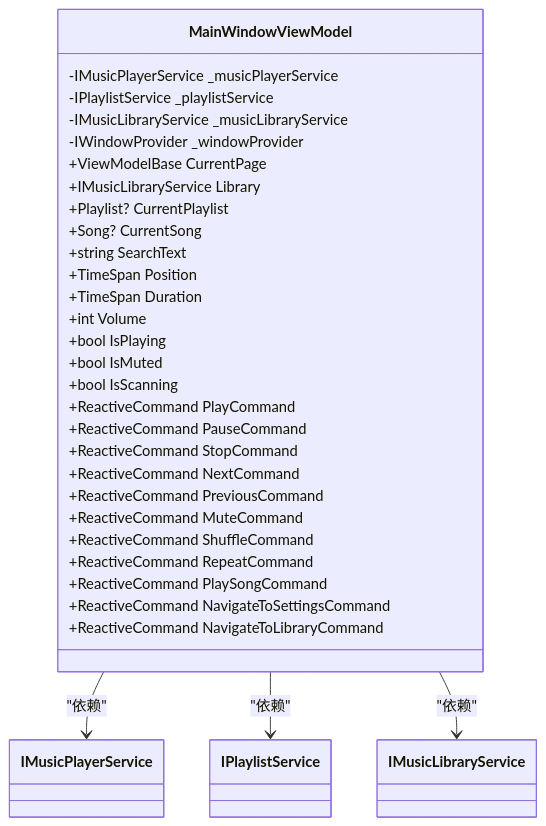
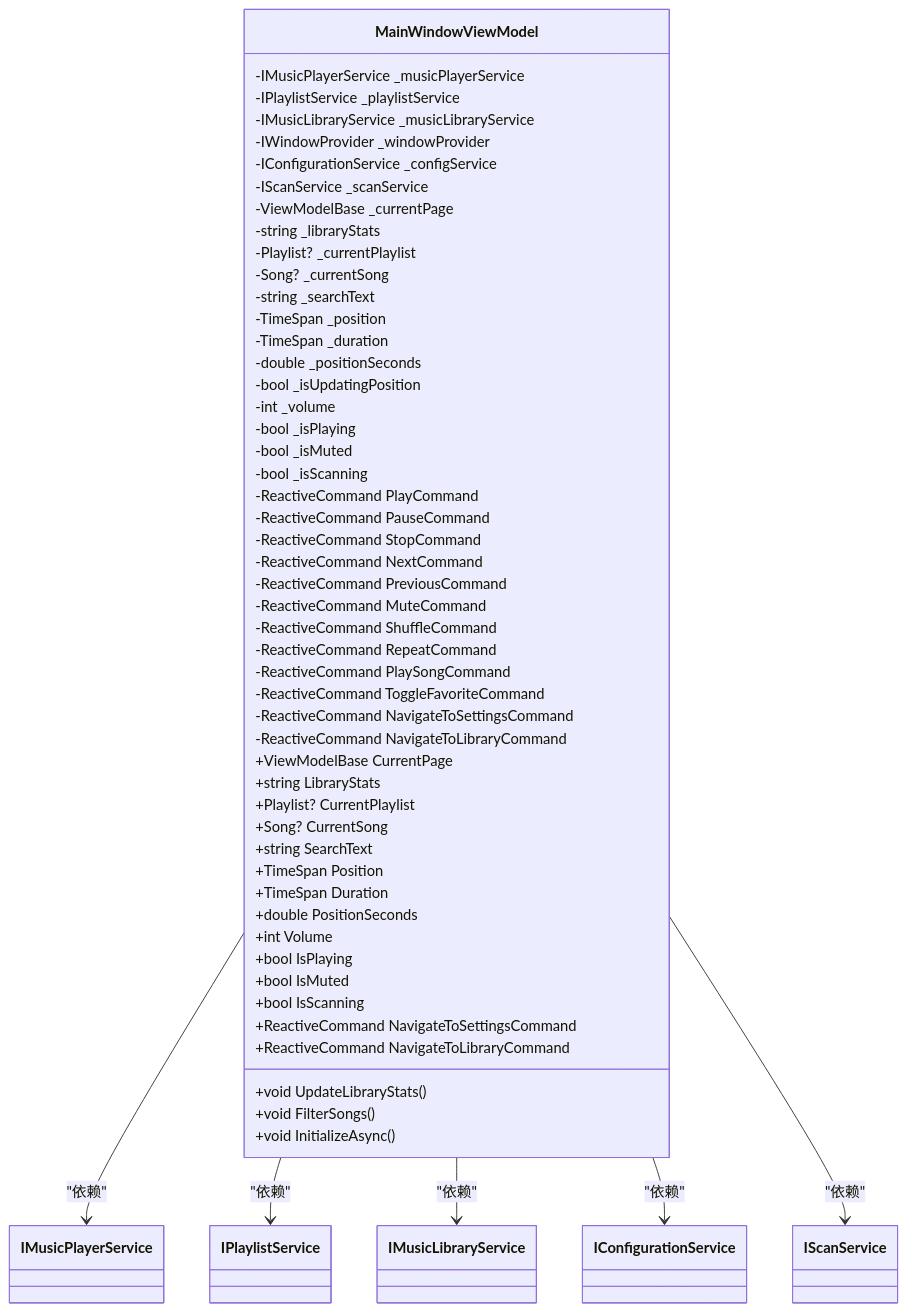
Before and after one commit to mariamjensen42-glitch/LocalMusicPlayer: the third of 8 diagrams in .qoder/repowiki/zh/content/视图模型层/视图模型层.md, drawn with Mermaid. The commit also changed other lines of this file and 14 other files, not shown here.

````diff
--- a/.qoder/repowiki/zh/content/视图模型层/视图模型层.md
+++ b/.qoder/repowiki/zh/content/视图模型层/视图模型层.md
@@ -154,37 +176,63 @@
 ```mermaid
 classDiagram
 class MainWindowViewModel {
 -IMusicPlayerService _musicPlayerService
 -IPlaylistService _playlistService
 -IMusicLibraryService _musicLibraryService
 -IWindowProvider _windowProvider
+-IConfigurationService _configService
+-IScanService _scanService
+-ViewModelBase _currentPage
+-string _libraryStats
+-Playlist? _currentPlaylist
+-Song? _currentSong
+-string _searchText
+-TimeSpan _position
+-TimeSpan _duration
+-double _positionSeconds
+-bool _isUpdatingPosition
+-int _volume
+-bool _isPlaying
+-bool _isMuted
+-bool _isScanning
+-ReactiveCommand PlayCommand
+-ReactiveCommand PauseCommand
+-ReactiveCommand StopCommand
+-ReactiveCommand NextCommand
+-ReactiveCommand PreviousCommand
+-ReactiveCommand MuteCommand
+-ReactiveCommand ShuffleCommand
+-ReactiveCommand RepeatCommand
+-ReactiveCommand PlaySongCommand
+-ReactiveCommand ToggleFavoriteCommand
+-ReactiveCommand NavigateToSettingsCommand
+-ReactiveCommand NavigateToLibraryCommand
 +ViewModelBase CurrentPage
-+IMusicLibraryService Library
++string LibraryStats
 +Playlist? CurrentPlaylist
 +Song? CurrentSong
 +string SearchText
 +TimeSpan Position
 +TimeSpan Duration
++double PositionSeconds
 +int Volume
 +bool IsPlaying
 +bool IsMuted
 +bool IsScanning
-+ReactiveCommand PlayCommand
-+ReactiveCommand PauseCommand
-+ReactiveCommand StopCommand
-+ReactiveCommand NextCommand
-+ReactiveCommand PreviousCommand
-+ReactiveCommand MuteCommand
-+ReactiveCommand ShuffleCommand
-+ReactiveCommand RepeatCommand
-+ReactiveCommand PlaySongCommand
 +ReactiveCommand NavigateToSettingsCommand
 +ReactiveCommand NavigateToLibraryCommand
++void UpdateLibraryStats()
++void FilterSongs()
++void InitializeAsync()
 }
 class IMusicPlayerService
 class IPlaylistService
 class IMusicLibraryService
+class IConfigurationService
+class IScanService
 MainWindowViewModel --> IMusicPlayerService : "依赖"
 MainWindowViewModel --> IPlaylistService : "依赖"
 MainWindowViewModel --> IMusicLibraryService : "依赖"
+MainWindowViewModel --> IConfigurationService : "依赖"
+MainWindowViewModel --> IScanService : "依赖"
 ```
````
